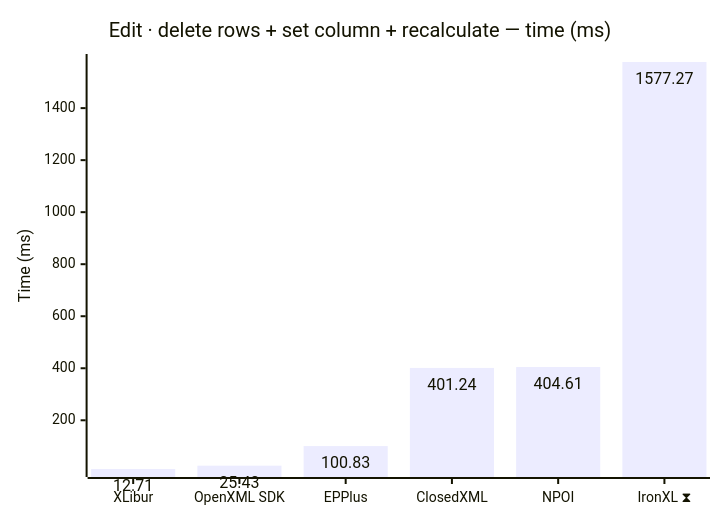
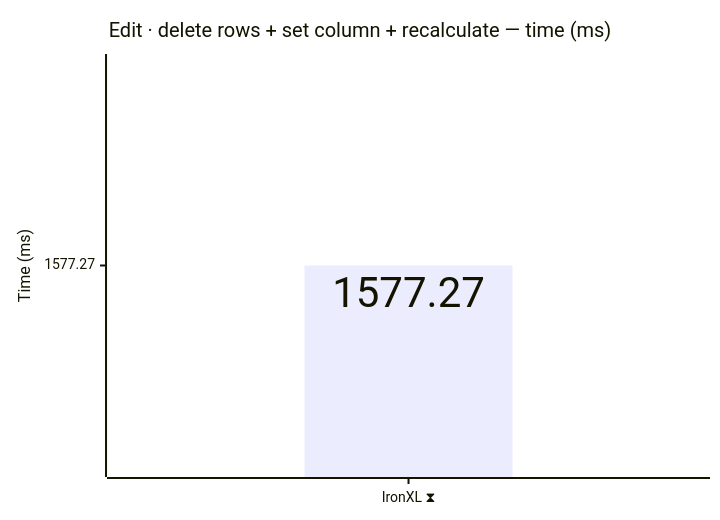
The ninth of 12 diagrams in docs/results.md (jafin/XLBench), drawn with Mermaid before and after one commit. The commit also changed other lines of this file and 2 other files, not shown here.

First line of the commit message:
chore(deps): bump XLibur to 0.310.1-beta.5 and republish

````diff
--- a/docs/results.md
+++ b/docs/results.md
@@ -143,12 +143,12 @@
 ```mermaid
 ---
 config:
   xyChart:
     showDataLabel: true
 ---
 xychart-beta
     title "Edit · delete rows + set column + recalculate — time (ms)"
-    x-axis ["XLibur", "OpenXML SDK", "EPPlus", "ClosedXML", "NPOI", "IronXL ⧗"]
+    x-axis ["IronXL ⧗"]
     y-axis "Time (ms)"
-    bar [12.71, 25.43, 100.83, 401.24, 404.61, 1577.27]
+    bar [1577.27]
 ```
````
